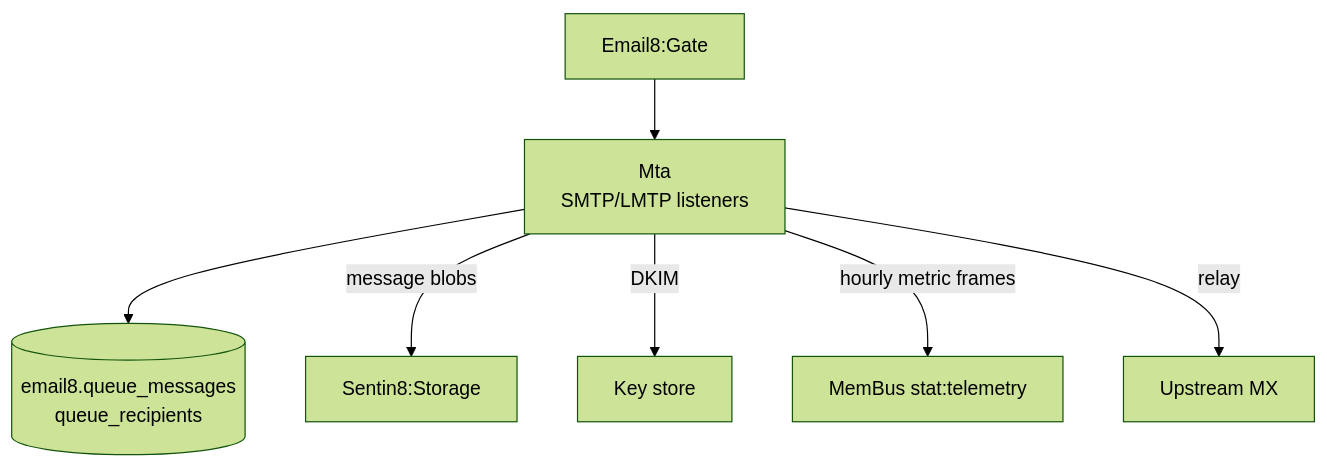
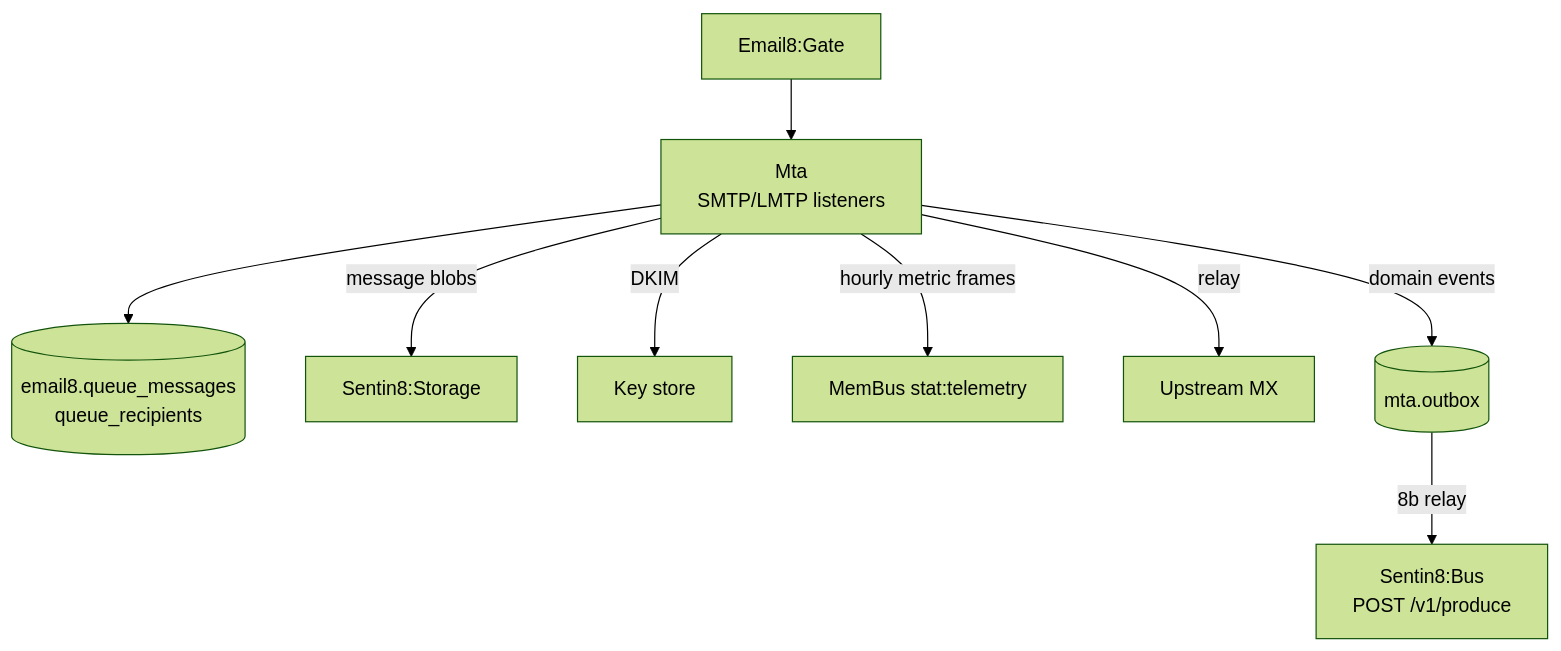
The diagram in README.md (Email8-dev/email8-mta), drawn with Mermaid (forest theme) before and after one commit. The commit also changed other lines of this file and 7 other files, not shown here.

Commit message:
OUTBOX-EMAIL8: emit through the local leaf-schema outbox (DBX producer path)

````diff
--- a/README.md
+++ b/README.md
@@ -12,9 +12,11 @@
 ```mermaid
 graph TD
     GATE[Email8:Gate] --> MTA[Mta<br/>SMTP/LMTP listeners]
     MTA --> Q[(email8.queue_messages<br/>queue_recipients)]
     MTA -- message blobs --> STORE[Sentin8:Storage]
     MTA -- DKIM --> KEYS[Key store]
     MTA -- hourly metric frames --> MB[MemBus stat:telemetry]
     MTA -- relay --> UPSTREAM[Upstream MX]
+    MTA -- domain events --> OB[(mta.outbox)] -- 8b relay --> BUS[Sentin8:Bus
+    POST /v1/produce]
 ```
````
